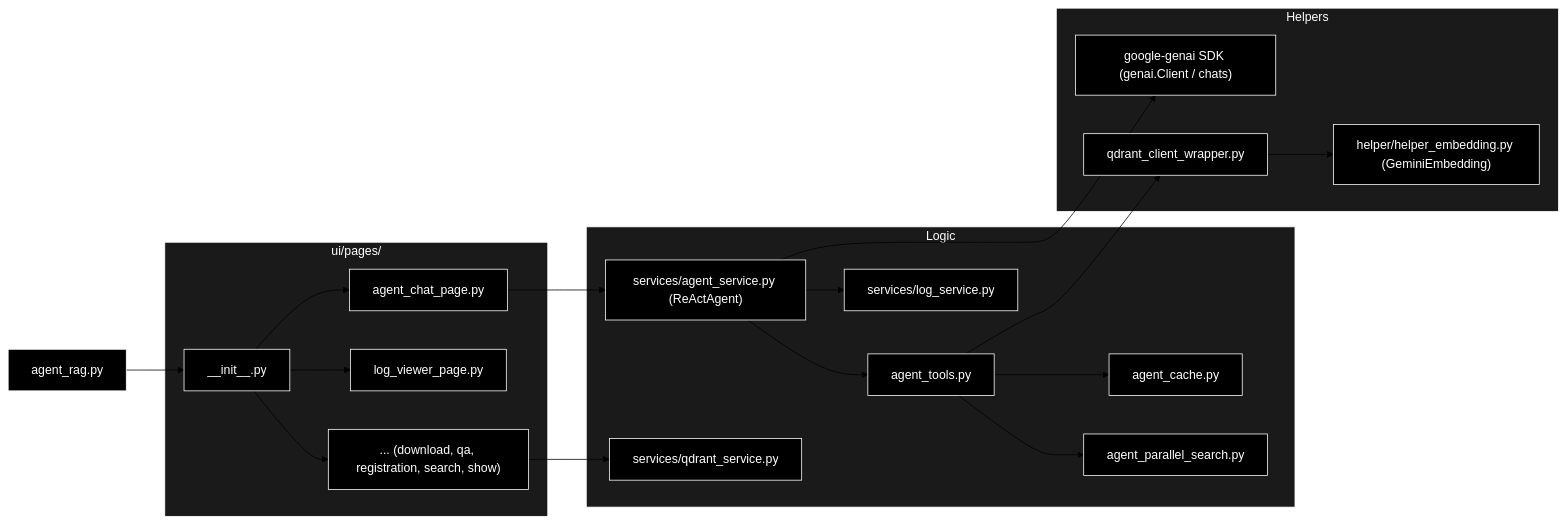
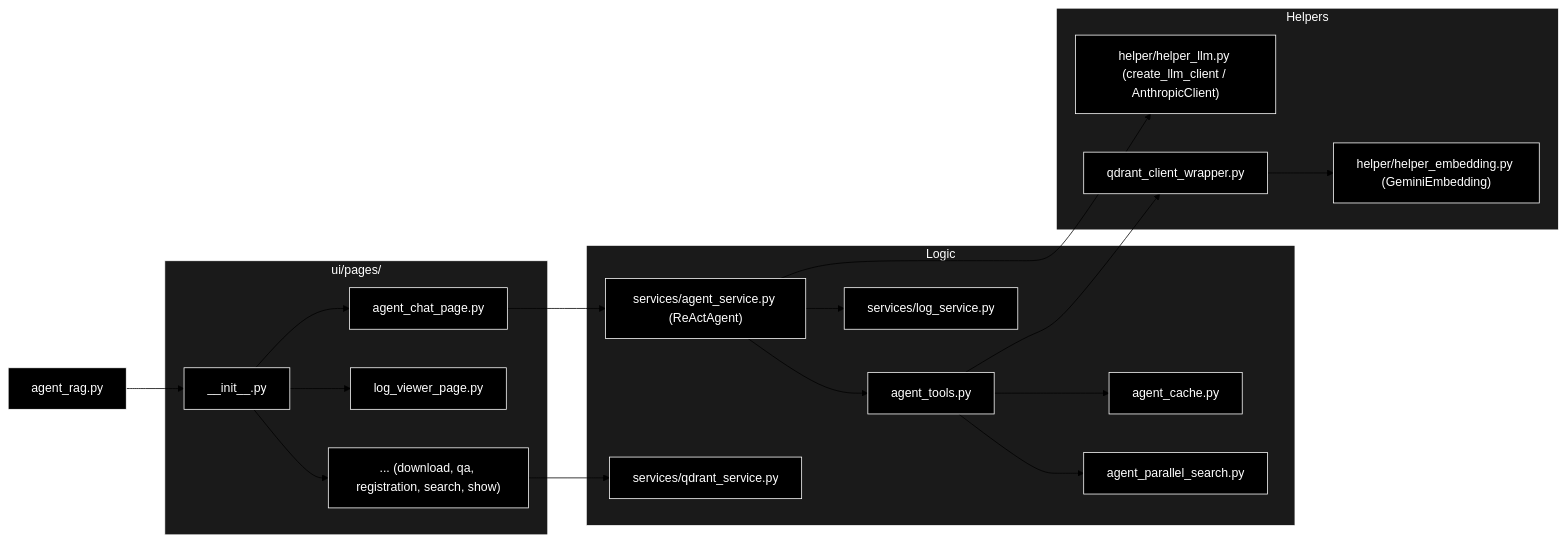
One commit to nakashima2toshio/anthropic_grace_agent_v2 changed the second of 10 diagrams in readme_react_reflection.md. Above: the diagram before and after it, drawn with Mermaid (forest theme). The commit also changed other lines of this file, not shown here.

First line of the commit message:
docs: readme_react_reflection.md を Anthropic ネイティブに全面改修

````diff
--- a/readme_react_reflection.md
+++ b/readme_react_reflection.md
@@ -179,48 +179,48 @@
 ```mermaid
 graph LR
     Main["agent_rag.py"]
 
     subgraph UI_Pages ["ui/pages/"]
         InitUI["__init__.py"]
         AgentPage["agent_chat_page.py"]
         LogPage["log_viewer_page.py"]
         OtherPages["... (download, qa, registration, search, show)"]
     end
 
     subgraph Logic_Layer ["Logic"]
         AgentSvc["services/agent_service.py (ReActAgent)"]
         Tools["agent_tools.py"]
         Cache["agent_cache.py"]
         Parallel["agent_parallel_search.py"]
         QS["services/qdrant_service.py"]
         LogSvc["services/log_service.py"]
     end
 
     subgraph Helper_Layer ["Helpers"]
-        GenAI["google-genai SDK (genai.Client / chats)"]
+        LLMHelper["helper/helper_llm.py (create_llm_client / AnthropicClient)"]
         HelperEmbed["helper/helper_embedding.py (GeminiEmbedding)"]
         QdrantWrapper["qdrant_client_wrapper.py"]
     end
 
     Main --> InitUI
     InitUI --> AgentPage
     InitUI --> LogPage
     InitUI --> OtherPages
 
     AgentPage --> AgentSvc
     AgentSvc --> Tools
-    AgentSvc --> GenAI
+    AgentSvc --> LLMHelper
     AgentSvc --> LogSvc
     Tools --> Cache
     Tools --> Parallel
     Tools --> QdrantWrapper
     QdrantWrapper --> HelperEmbed
 
     OtherPages --> QS
 classDef default fill:#000,stroke:#fff,color:#fff
 classDef subgraphStyle fill:#1a1a1a,stroke:#fff,color:#fff
-class Main,InitUI,AgentPage,LogPage,OtherPages,AgentSvc,Tools,Cache,Parallel,QS,LogSvc,GenAI,HelperEmbed,QdrantWrapper default
+class Main,InitUI,AgentPage,LogPage,OtherPages,AgentSvc,Tools,Cache,Parallel,QS,LogSvc,LLMHelper,HelperEmbed,QdrantWrapper default
 style UI_Pages fill:#1a1a1a,stroke:#fff,color:#fff
 style Logic_Layer fill:#1a1a1a,stroke:#fff,color:#fff
 style Helper_Layer fill:#1a1a1a,stroke:#fff,color:#fff
 ```
````
